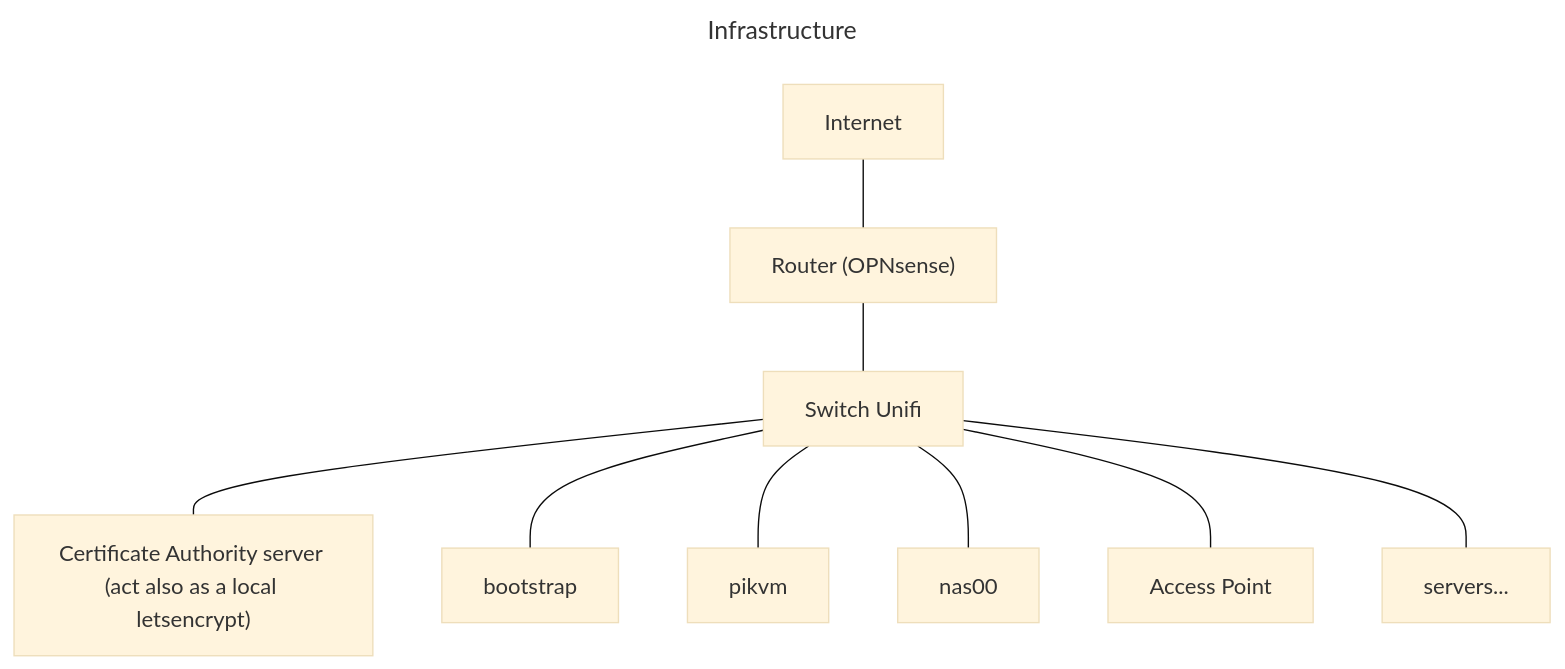
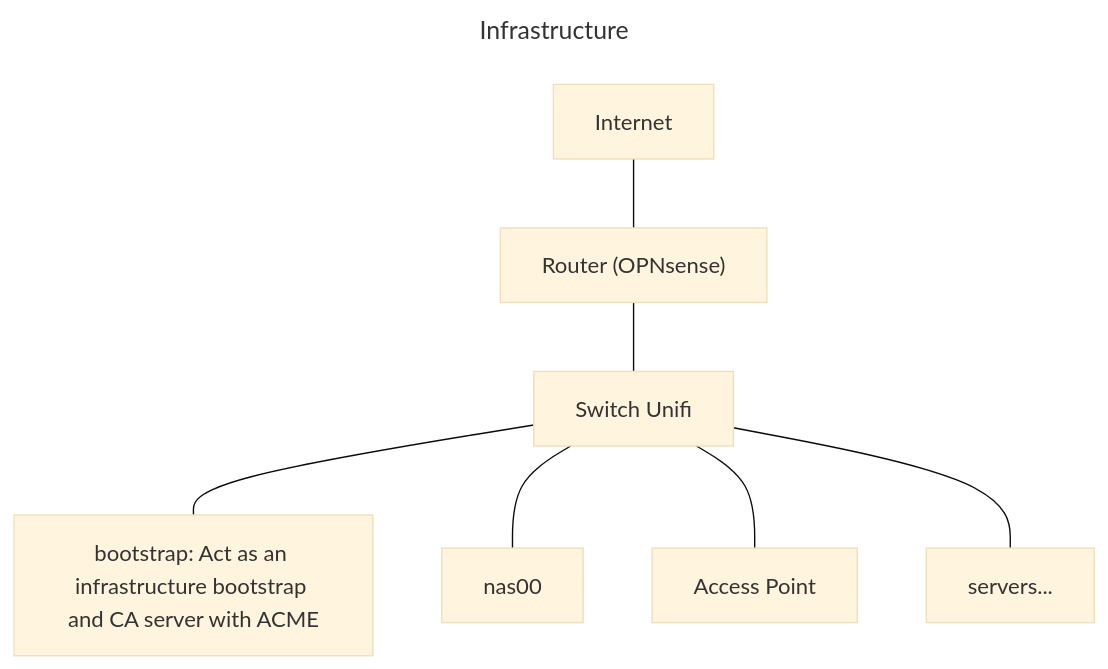
One commit to Enoxime/homelab changed the diagram in README.md. Above: the diagram before and after it, drawn with Mermaid (base theme). The commit also changed other lines of this file and 70 other files, not shown here.

````diff
--- a/README.md
+++ b/README.md
@@ -55,15 +55,13 @@
 ```mermaid
 ---
 title: Infrastructure
 ---
 flowchart TB
   Internet --- router["Router (OPNsense)"]
   router --- switch["Switch Unifi"]
-  ca["Certificate Authority server (act also as a local letsencrypt)"]
-  switch --- ca
+  bootstrap["bootstrap: Act as an infrastructure bootstrap and CA server with ACME"]
   switch --- bootstrap
-  switch --- pikvm
   switch --- nas00
   switch --- ap["Access Point"]
   switch --- servers...
 ```
````
